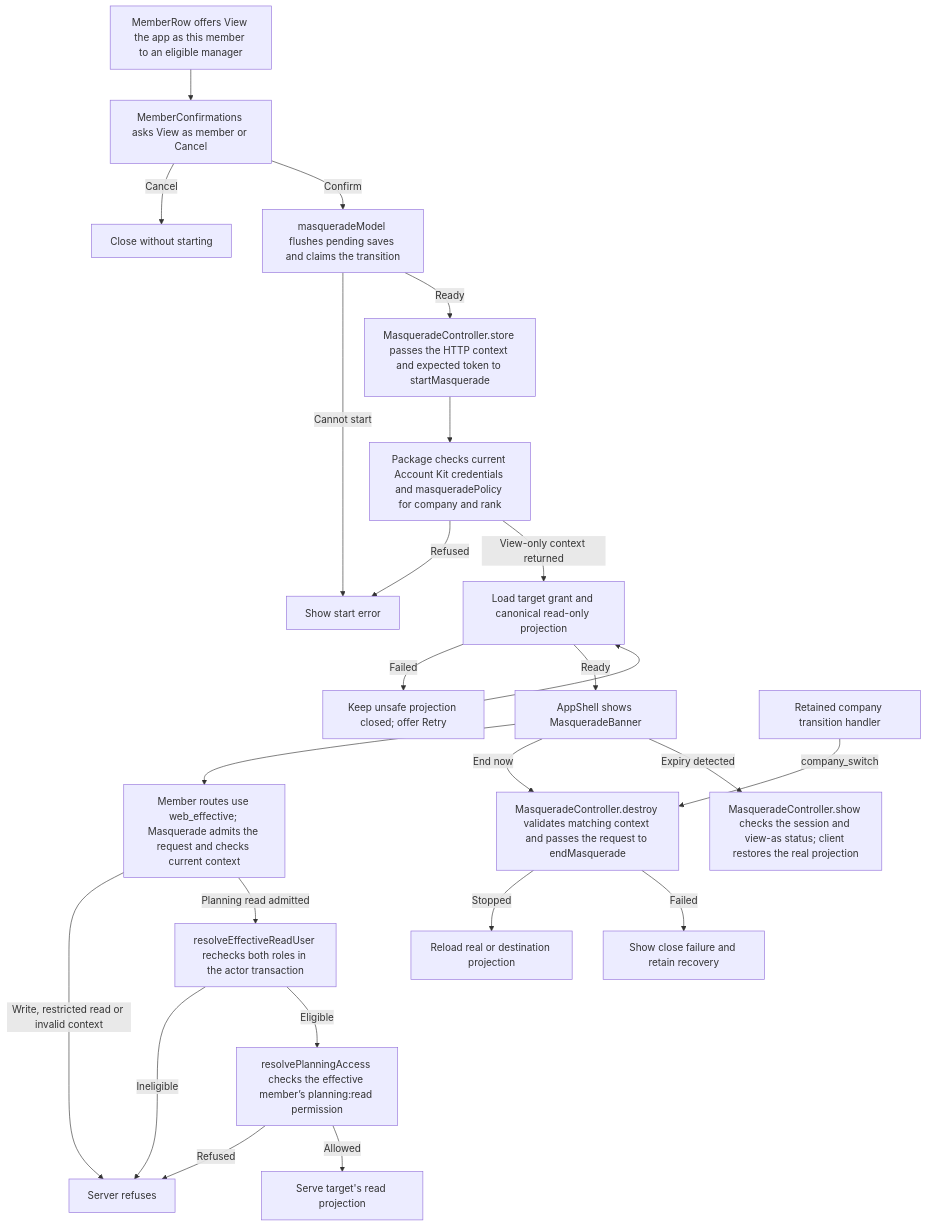
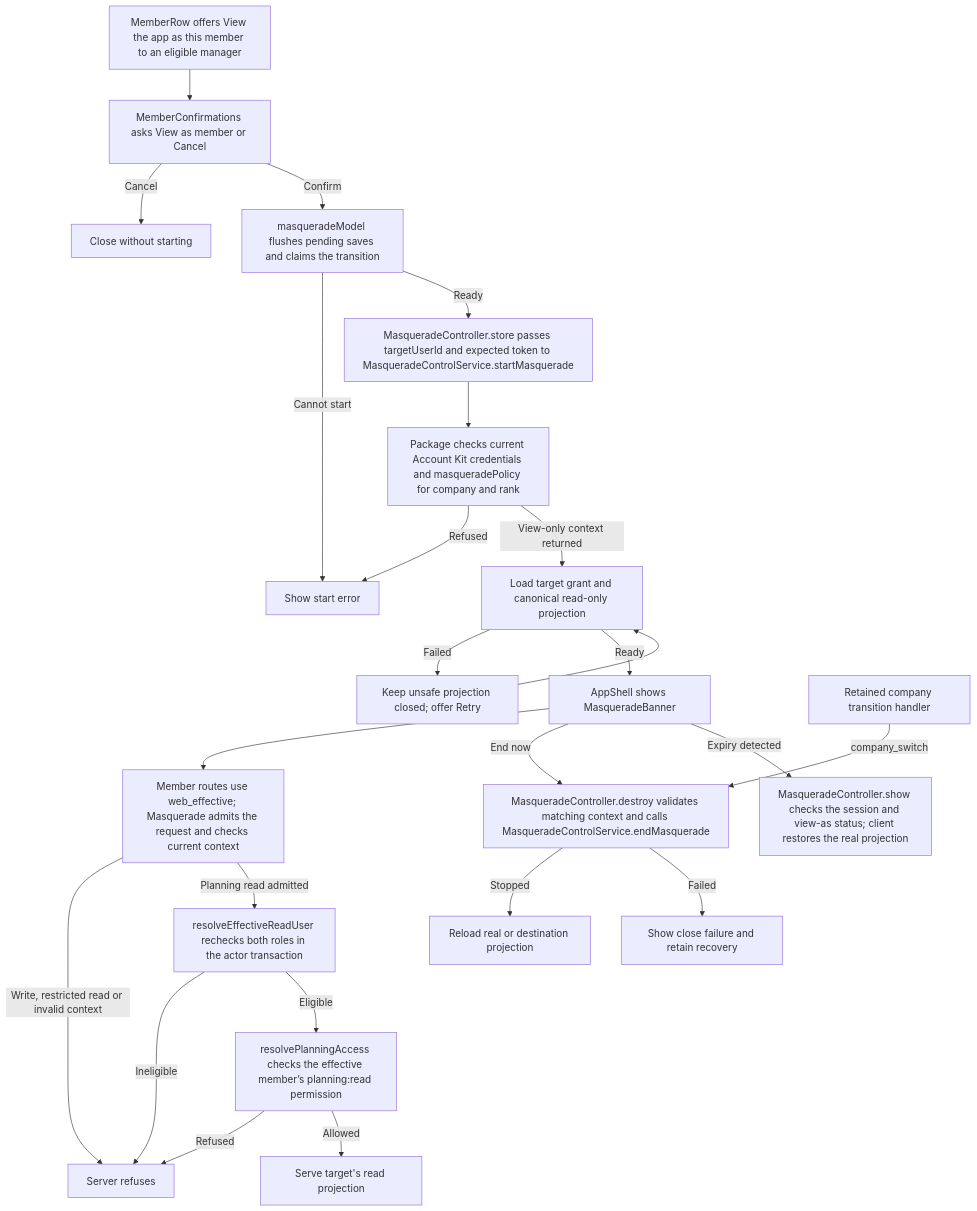
Before and after one commit to Kevinjohn/capacitylens: the second of 2 diagrams in user-stories/team/US-TEAM-08-view-as-member.md, drawn with Mermaid. The commit also changed other lines of this file and 10 other files, not shown here.

First line of the commit message:
Split request-scoped MasqueradeControlService to clear CTL-4

````diff
--- a/user-stories/team/US-TEAM-08-view-as-member.md
+++ b/user-stories/team/US-TEAM-08-view-as-member.md
@@ -31,26 +31,26 @@
 ```mermaid
 flowchart TD
   row["MemberRow offers View the app as this member to an eligible manager"] --> dialog["MemberConfirmations asks View as member or Cancel"]
   dialog -->|Cancel| close["Close without starting"]
   dialog -->|Confirm| flush["masqueradeModel flushes pending saves and claims the transition"]
   flush -->|Cannot start| refused["Show start error"]
-  flush -->|Ready| start["MasqueradeController.store passes the HTTP context and expected token to startMasquerade"]
+  flush -->|Ready| start["MasqueradeController.store passes targetUserId and expected token to MasqueradeControlService.startMasquerade"]
   start --> policy["Package checks current Account Kit credentials and masqueradePolicy for company and rank"]
   policy -->|Refused| refused
   policy -->|View-only context returned| load["Load target grant and canonical read-only projection"]
   load -->|Failed| recovery["Keep unsafe projection closed; offer Retry"]
   recovery --> load
   load -->|Ready| banner["AppShell shows MasqueradeBanner"]
   banner --> request["Member routes use web_effective; Masquerade admits the request and checks current context"]
   request -->|Write, restricted read or invalid context| denied["Server refuses"]
   request -->|Planning read admitted| scope["resolveEffectiveReadUser rechecks both roles in the actor transaction"]
   scope -->|Ineligible| denied
   scope -->|Eligible| access["resolvePlanningAccess checks the effective member’s planning:read permission"]
   access -->|Refused| denied
   access -->|Allowed| view["Serve target's read projection"]
-  banner -->|End now| stop["MasqueradeController.destroy validates matching context and passes the request to endMasquerade"]
+  banner -->|End now| stop["MasqueradeController.destroy validates matching context and calls MasqueradeControlService.endMasquerade"]
   transition["Retained company transition handler"] -->|company_switch| stop
   stop -->|Stopped| real["Reload real or destination projection"]
   stop -->|Failed| endError["Show close failure and retain recovery"]
   banner -->|Expiry detected| refresh["MasqueradeController.show checks the session and view-as status; client restores the real projection"]
 ```
````
